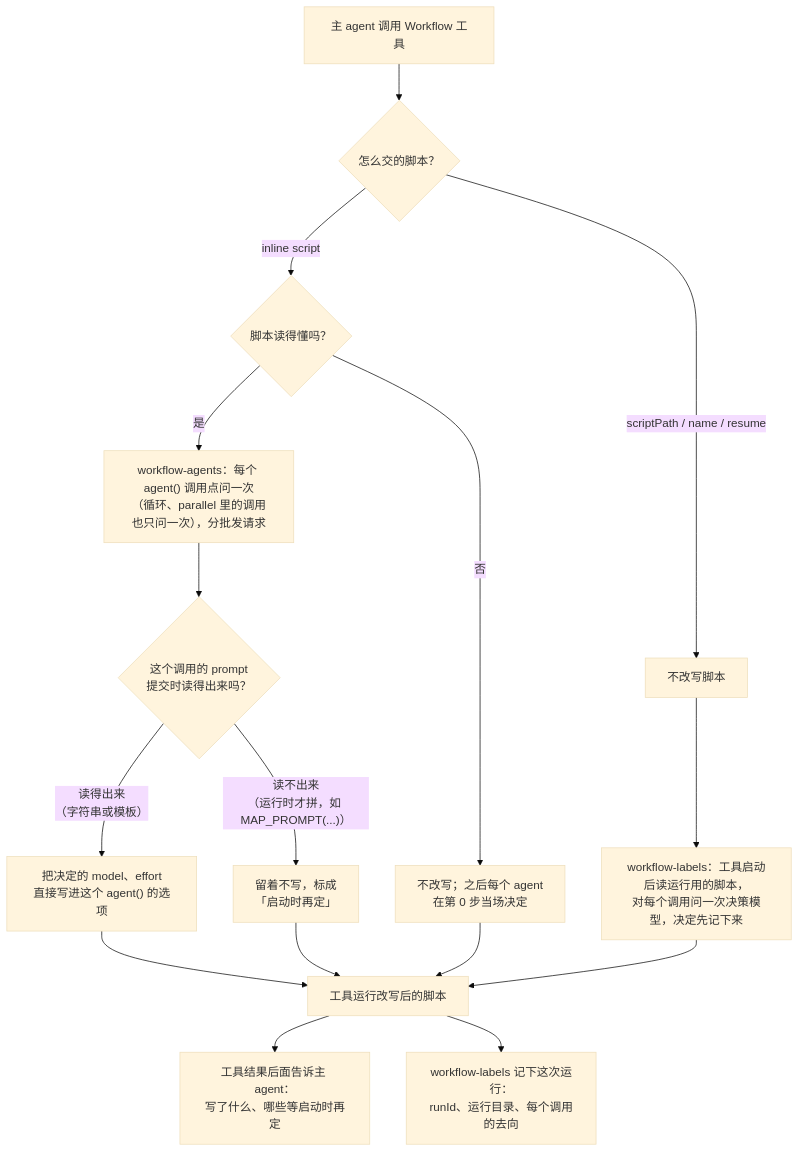
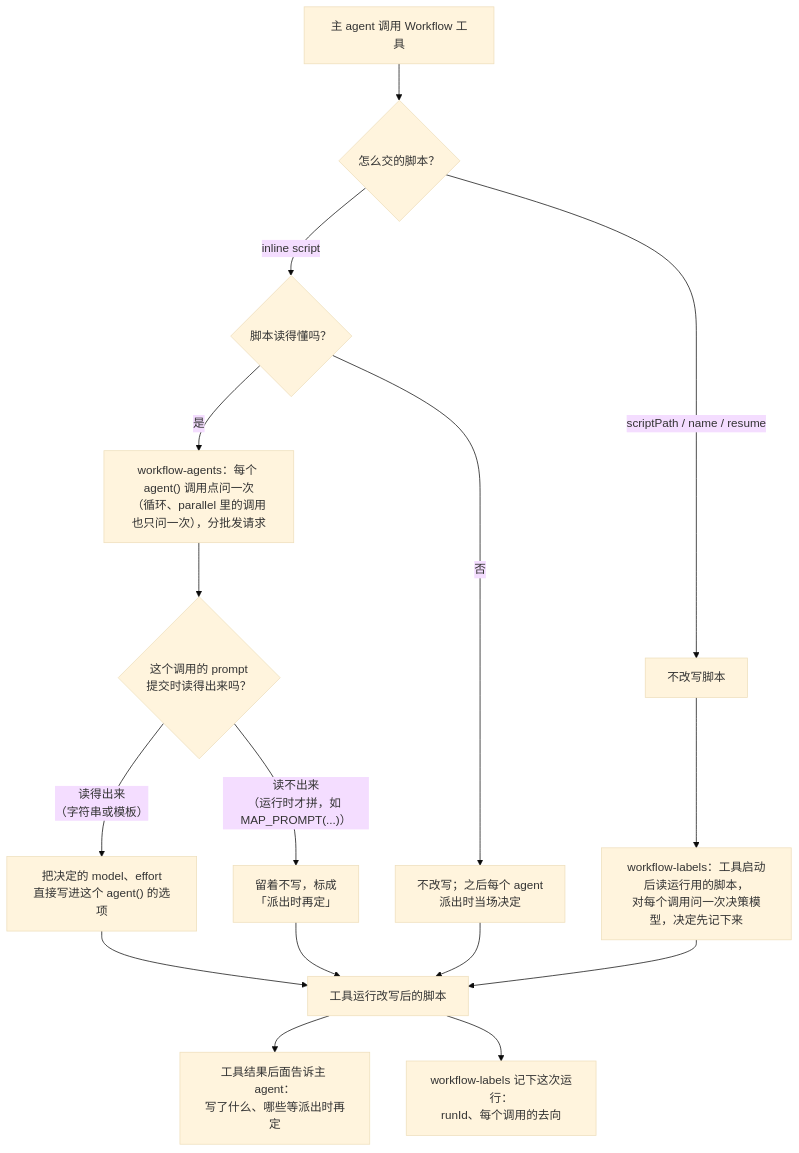
One commit to alexcz-a11y/claude-mods changed the third of 6 diagrams in docs/dispatch-pilot-routing.md. Above: the diagram before and after it, drawn with Mermaid (base theme). The commit also changed other lines of this file and 35 other files, not shown here.

First line of the commit message:
dispatch-pilot 0.7.0: route workflow agents at agent.spawn, prompt hint, pane view jump

````diff
--- a/docs/dispatch-pilot-routing.md
+++ b/docs/dispatch-pilot-routing.md
@@ -91,18 +91,18 @@
 ```mermaid
 flowchart TD
     S["主 agent 调用 Workflow 工具"] --> T{"怎么交的脚本？"}
     T -- "scriptPath / name / resume" --> P1["不改写脚本"]
     P1 --> L1["workflow-labels：工具启动后读运行用的脚本，<br/>对每个调用问一次决策模型，决定先记下来"]
     T -- "inline script" --> R{"脚本读得懂吗？"}
-    R -- 否 --> P2["不改写；之后每个 agent<br/>在第 0 步当场决定"]
+    R -- 否 --> P2["不改写；之后每个 agent<br/>派出时当场决定"]
     R -- 是 --> Q["workflow-agents：每个 agent() 调用点问一次<br/>（循环、parallel 里的调用也只问一次），分批发请求"]
     Q --> K{"这个调用的 prompt<br/>提交时读得出来吗？"}
     K -- "读得出来<br/>（字符串或模板）" --> W["把决定的 model、effort<br/>直接写进这个 agent() 的选项"]
-    K -- "读不出来<br/>（运行时才拼，如 MAP_PROMPT(...)）" --> X["留着不写，标成<br/>「启动时再定」"]
+    K -- "读不出来<br/>（运行时才拼，如 MAP_PROMPT(...)）" --> X["留着不写，标成<br/>「派出时再定」"]
     W --> Run["工具运行改写后的脚本"]
     X --> Run
     P2 --> Run
     L1 --> Run
-    Run --> N["工具结果后面告诉主 agent：<br/>写了什么、哪些等启动时再定"]
-    Run --> Rec["workflow-labels 记下这次运行：<br/>runId、运行目录、每个调用的去向"]
+    Run --> N["工具结果后面告诉主 agent：<br/>写了什么、哪些等派出时再定"]
+    Run --> Rec["workflow-labels 记下这次运行：<br/>runId、每个调用的去向"]
 ```
````
